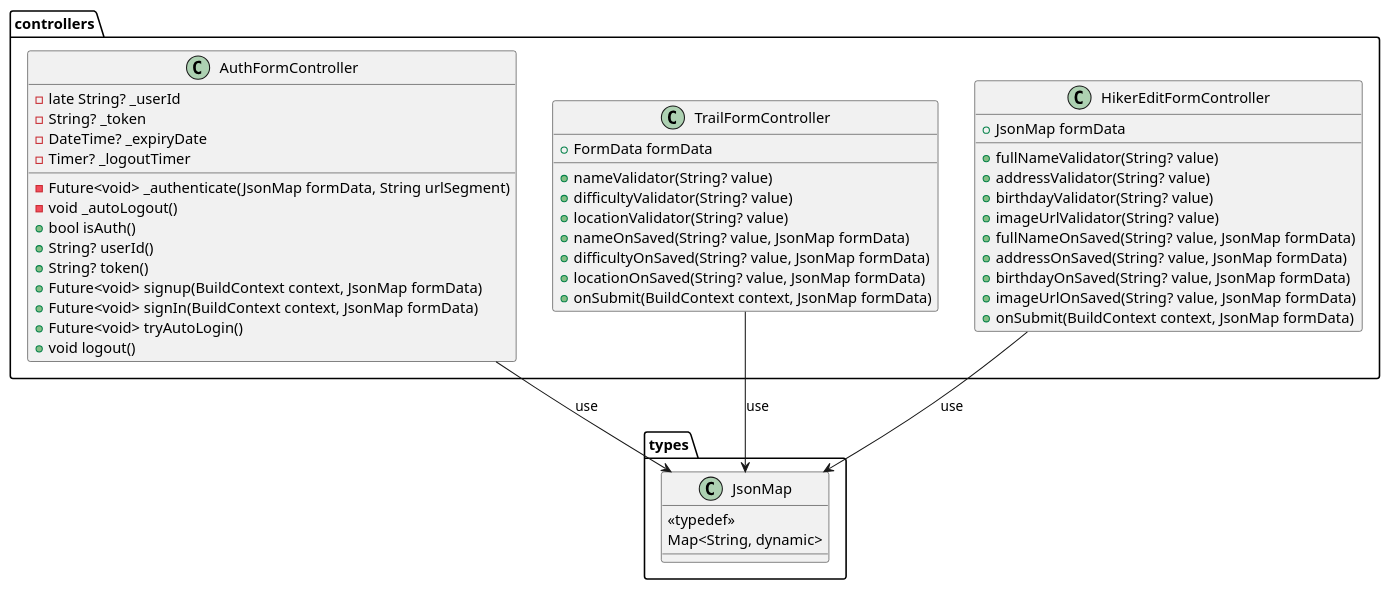
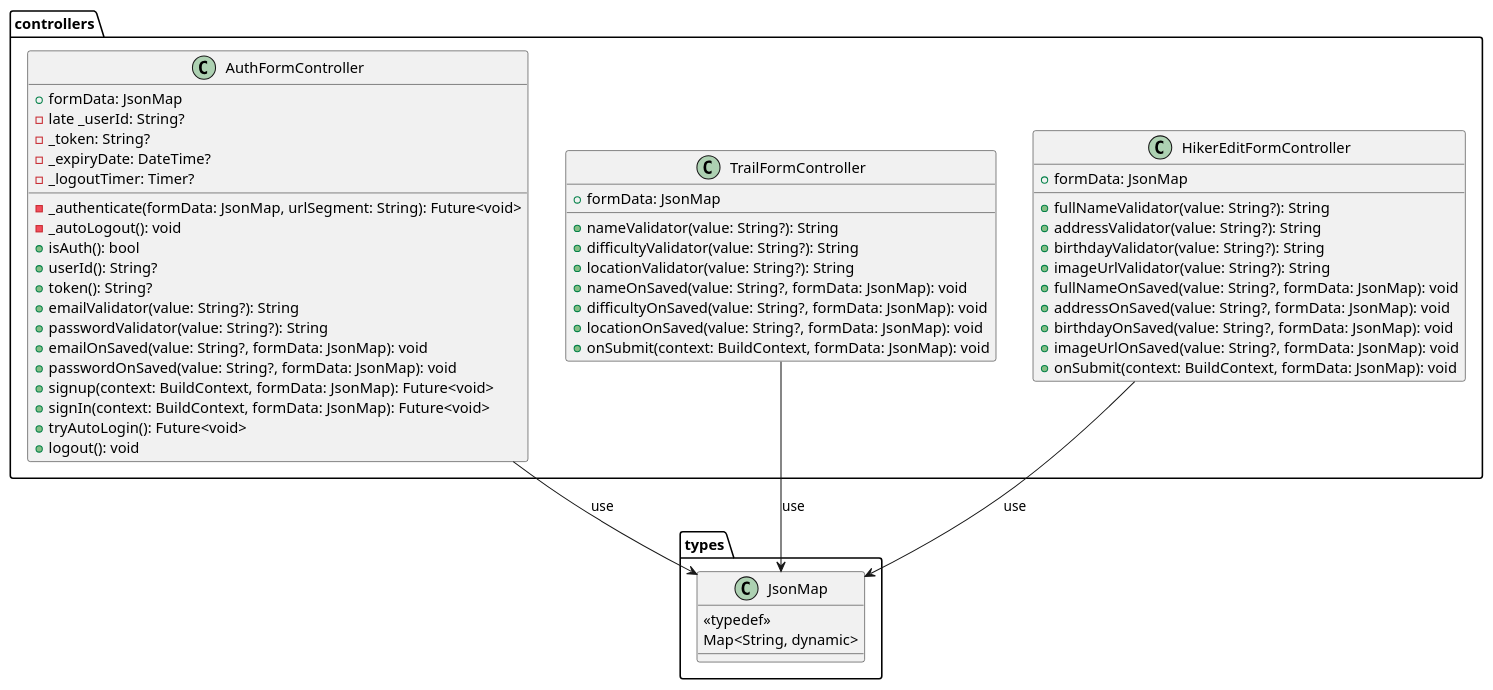
One commit to tiagors09/pe_na_pedra changed the diagram in docs/diagrams/src/pe_na_pedra_class_diagram_4.plantuml. Above: the diagram before and after it, drawn with PlantUML. The commit also changed 8 other files, not shown here.

Commit message:
refactor: :recycle: refactor class diagram plantuml code

```diff
--- a/docs/diagrams/src/pe_na_pedra_class_diagram_4.plantuml
+++ b/docs/diagrams/src/pe_na_pedra_class_diagram_4.plantuml
@@ -1,55 +1,60 @@
 @startuml pe_na_pedra_class_diagram_4
 package types {
   class JsonMap {
     <<typedef>>
     Map<String, dynamic>
   }
 }
 
 package controllers {
   class AuthFormController {
-    - late String? _userId
-    - String? _token
-    - DateTime? _expiryDate
-    - Timer? _logoutTimer
+    + formData: JsonMap
+    - late _userId: String?
+    - _token: String?
+    - _expiryDate: DateTime?
+    - _logoutTimer: Timer?
 
-    - Future<void> _authenticate(JsonMap formData, String urlSegment)
-    - void _autoLogout()
-    + bool isAuth()
-    + String? userId()
-    + String? token()
-    + Future<void> signup(BuildContext context, JsonMap formData)
-    + Future<void> signIn(BuildContext context, JsonMap formData)
-    + Future<void> tryAutoLogin()
-    + void logout()
+    - _authenticate(formData: JsonMap, urlSegment: String): Future<void>
+    - _autoLogout(): void
+    + isAuth(): bool
+    + userId(): String?
+    + token(): String?
+    + emailValidator(value: String?): String
+    + passwordValidator(value: String?): String
+    + emailOnSaved(value: String?, formData: JsonMap): void
+    + passwordOnSaved(value: String?, formData: JsonMap): void
+    + signup(context: BuildContext, formData: JsonMap): Future<void>
+    + signIn(context: BuildContext, formData: JsonMap): Future<void>
+    + tryAutoLogin(): Future<void>
+    + logout(): void
   }
 
   class TrailFormController {
-    + FormData formData
-    + nameValidator(String? value)
-    + difficultyValidator(String? value)
-    + locationValidator(String? value)
-    + nameOnSaved(String? value, JsonMap formData)
-    + difficultyOnSaved(String? value, JsonMap formData)
-    + locationOnSaved(String? value, JsonMap formData)
-    + onSubmit(BuildContext context, JsonMap formData)
+    + formData: JsonMap
+    + nameValidator(value: String?): String
+    + difficultyValidator(value: String?): String
+    + locationValidator(value: String?): String
+    + nameOnSaved(value: String?, formData: JsonMap): void
+    + difficultyOnSaved(value: String?, formData: JsonMap): void
+    + locationOnSaved(value: String?, formData: JsonMap): void
+    + onSubmit(context: BuildContext, formData: JsonMap): void
   }
-  
+
   class HikerEditFormController {
-    + JsonMap formData
-    + fullNameValidator(String? value)
-    + addressValidator(String? value)
-    + birthdayValidator(String? value)
-    + imageUrlValidator(String? value)
-    + fullNameOnSaved(String? value, JsonMap formData)
-    + addressOnSaved(String? value, JsonMap formData)
-    + birthdayOnSaved(String? value, JsonMap formData)
-    + imageUrlOnSaved(String? value, JsonMap formData)
-    + onSubmit(BuildContext context, JsonMap formData)
+    + formData: JsonMap
+    + fullNameValidator(value: String?): String
+    + addressValidator(value: String?): String
+    + birthdayValidator(value: String?): String
+    + imageUrlValidator(value: String?): String
+    + fullNameOnSaved(value: String?, formData: JsonMap): void
+    + addressOnSaved(value: String?, formData: JsonMap): void
+    + birthdayOnSaved(value: String?, formData: JsonMap): void
+    + imageUrlOnSaved(value: String?, formData: JsonMap): void
+    + onSubmit(context: BuildContext, formData: JsonMap): void
   }
 }
 
 TrailFormController --> JsonMap : use
 HikerEditFormController --> JsonMap : use
 AuthFormController --> JsonMap : use
 @enduml
```
